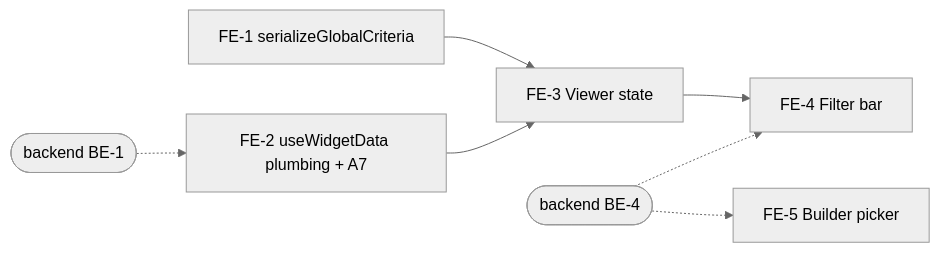
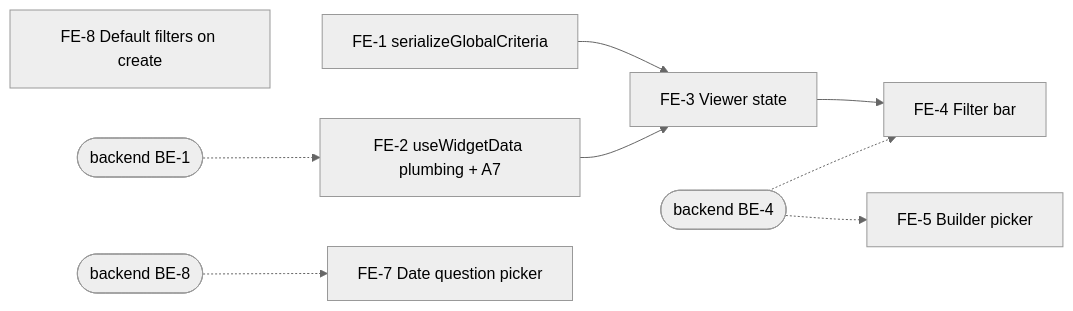
Before and after one commit to akvo/akvo-mis: the diagram in doc/design/VIZ-027-frontend-global-question-filter.md, drawn with Mermaid (neutral theme). The commit also changed other lines of this file and 9 other files, not shown here.

````diff
--- a/doc/design/VIZ-027-frontend-global-question-filter.md
+++ b/doc/design/VIZ-027-frontend-global-question-filter.md
@@ -51,10 +58,13 @@
 ```mermaid
 flowchart LR
     FE1[FE-1 serializeGlobalCriteria] --> FE3[FE-3 Viewer state]
     FE2[FE-2 useWidgetData plumbing + A7] --> FE3
     FE3 --> FE4[FE-4 Filter bar]
     FE5[FE-5 Builder picker]
+    FE7[FE-7 Date question picker]
+    FE8[FE-8 Default filters on create]
+    BE8([backend BE-8]) -.-> FE7
     BE1([backend BE-1]) -.-> FE2
     BE4([backend BE-4]) -.-> FE4
     BE4 -.-> FE5
 ```
````
